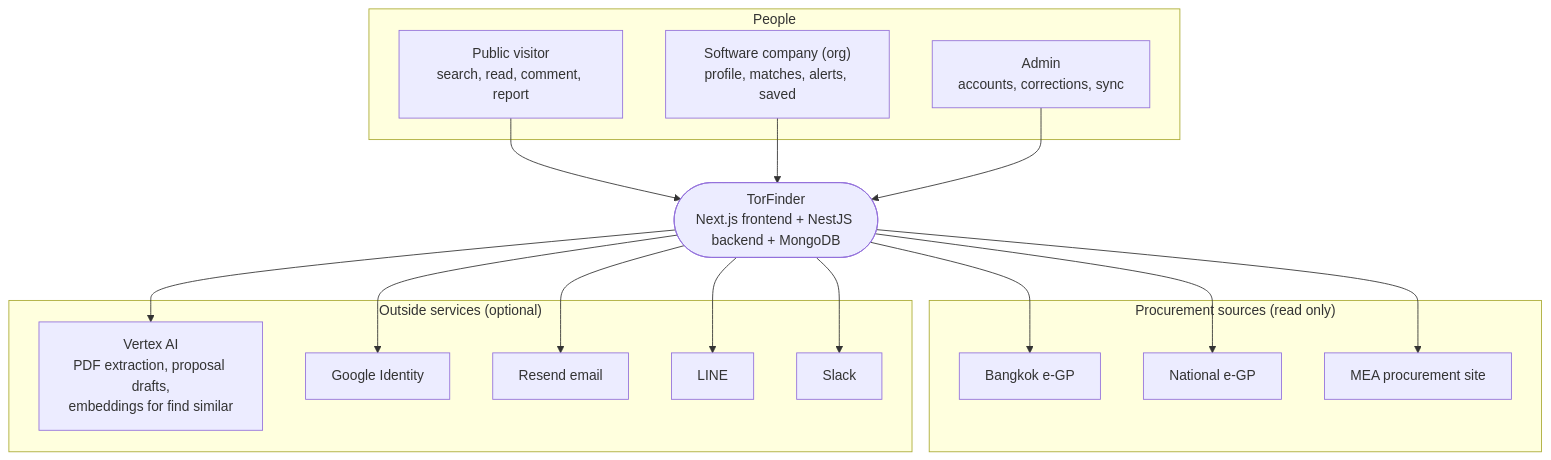
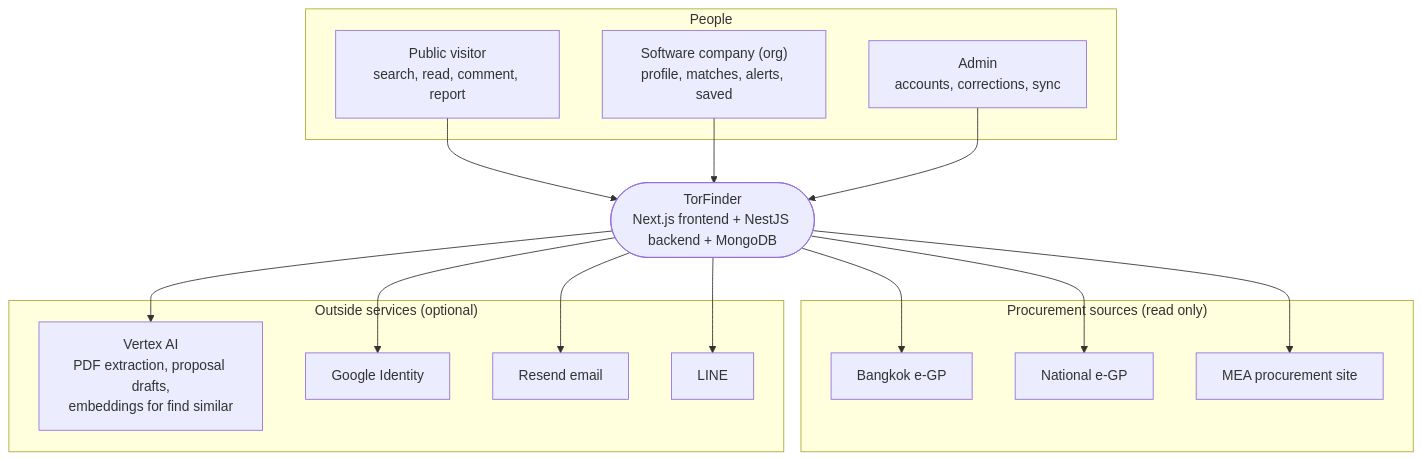
The first of 2 diagrams in docs/architecture.md (PhomMaiWai/TorFinder), drawn with Mermaid before and after one commit. The commit also changed other lines of this file and 29 other files, not shown here.

````diff
--- a/docs/architecture.md
+++ b/docs/architecture.md
@@ -29,29 +29,28 @@
 ```mermaid
 flowchart TB
     subgraph People
         Public["Public visitor<br/>search, read, comment, report"]
         Org["Software company (org)<br/>profile, matches, alerts, saved"]
         Admin["Admin<br/>accounts, corrections, sync"]
     end
 
     TF(["TorFinder<br/>Next.js frontend + NestJS backend + MongoDB"])
 
     subgraph Sources["Procurement sources (read only)"]
         EGP["Bangkok e-GP"]
         GPROC["National e-GP"]
         MEA["MEA procurement site"]
     end
 
     subgraph Services["Outside services (optional)"]
         Vertex["Vertex AI<br/>PDF extraction, proposal drafts,<br/>embeddings for find similar"]
         Google["Google Identity"]
         Resend["Resend email"]
         Line["LINE"]
-        Slack["Slack"]
     end
 
     Public & Org & Admin --> TF
     TF --> EGP & GPROC & MEA
     TF --> Vertex & Google
-    TF --> Resend & Line & Slack
+    TF --> Resend & Line
 ```
````
